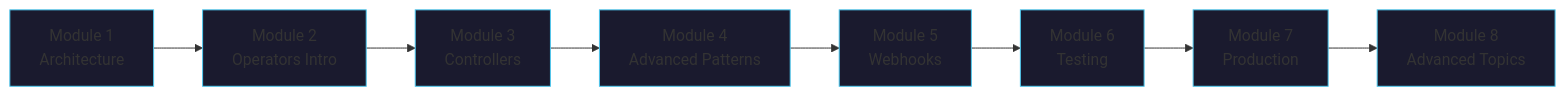
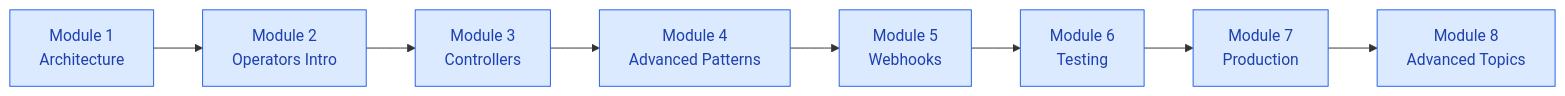
One commit to piyushjajoo/k8s-operators-course changed the diagram in modules.md. Above: the diagram before and after it, drawn with Mermaid. The commit also changed 2 other files, not shown here.

Commit message:
github pages fixes

````diff
--- a/modules.md
+++ b/modules.md
@@ -35,19 +35,19 @@
 ```mermaid
 graph LR
     M1[Module 1<br/>Architecture] --> M2[Module 2<br/>Operators Intro]
     M2 --> M3[Module 3<br/>Controllers]
     M3 --> M4[Module 4<br/>Advanced Patterns]
     M4 --> M5[Module 5<br/>Webhooks]
     M5 --> M6[Module 6<br/>Testing]
     M6 --> M7[Module 7<br/>Production]
     M7 --> M8[Module 8<br/>Advanced Topics]
     
-    style M1 fill:#1a1a2e,stroke:#4cc9f0
-    style M2 fill:#1a1a2e,stroke:#4cc9f0
-    style M3 fill:#1a1a2e,stroke:#4cc9f0
-    style M4 fill:#1a1a2e,stroke:#4cc9f0
-    style M5 fill:#1a1a2e,stroke:#4cc9f0
-    style M6 fill:#1a1a2e,stroke:#4cc9f0
-    style M7 fill:#1a1a2e,stroke:#4cc9f0
-    style M8 fill:#1a1a2e,stroke:#4cc9f0
+    style M1 fill:#dbeafe,stroke:#2563eb,color:#1e40af
+    style M2 fill:#dbeafe,stroke:#2563eb,color:#1e40af
+    style M3 fill:#dbeafe,stroke:#2563eb,color:#1e40af
+    style M4 fill:#dbeafe,stroke:#2563eb,color:#1e40af
+    style M5 fill:#dbeafe,stroke:#2563eb,color:#1e40af
+    style M6 fill:#dbeafe,stroke:#2563eb,color:#1e40af
+    style M7 fill:#dbeafe,stroke:#2563eb,color:#1e40af
+    style M8 fill:#dbeafe,stroke:#2563eb,color:#1e40af
 ```
````
